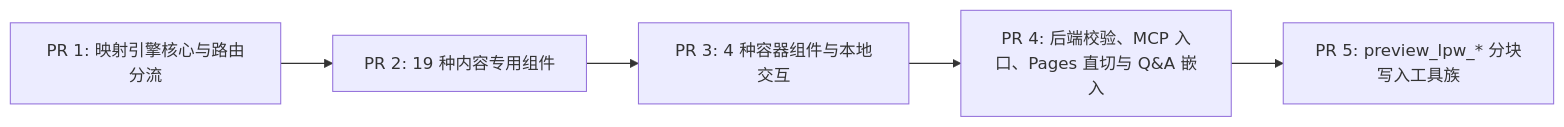
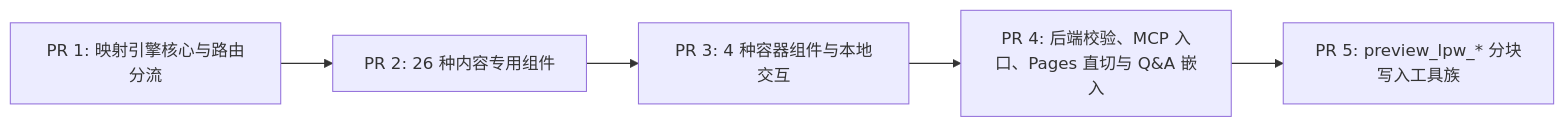
One commit to xiaolfeng/Lumina changed the fourth of 4 diagrams in docs/engineering/design/0003-preview-lpw-document-renderer.md. Above: the diagram before and after it, drawn with Mermaid. The commit also changed other lines of this file, not shown here.

````diff
--- a/docs/engineering/design/0003-preview-lpw-document-renderer.md
+++ b/docs/engineering/design/0003-preview-lpw-document-renderer.md
@@ -1812,7 +2147,7 @@
 ```mermaid
 flowchart LR
-  PR1["PR 1: 映射引擎核心与路由分流"] --> PR2["PR 2: 19 种内容专用组件"]
+  PR1["PR 1: 映射引擎核心与路由分流"] --> PR2["PR 2: 26 种内容专用组件"]
   PR2 --> PR3["PR 3: 4 种容器组件与本地交互"]
   PR3 --> PR4["PR 4: 后端校验、MCP 入口、Pages 直切与 Q&A 嵌入"]
   PR4 --> PR5["PR 5: preview_lpw_* 分块写入工具族"]
 ```
````
